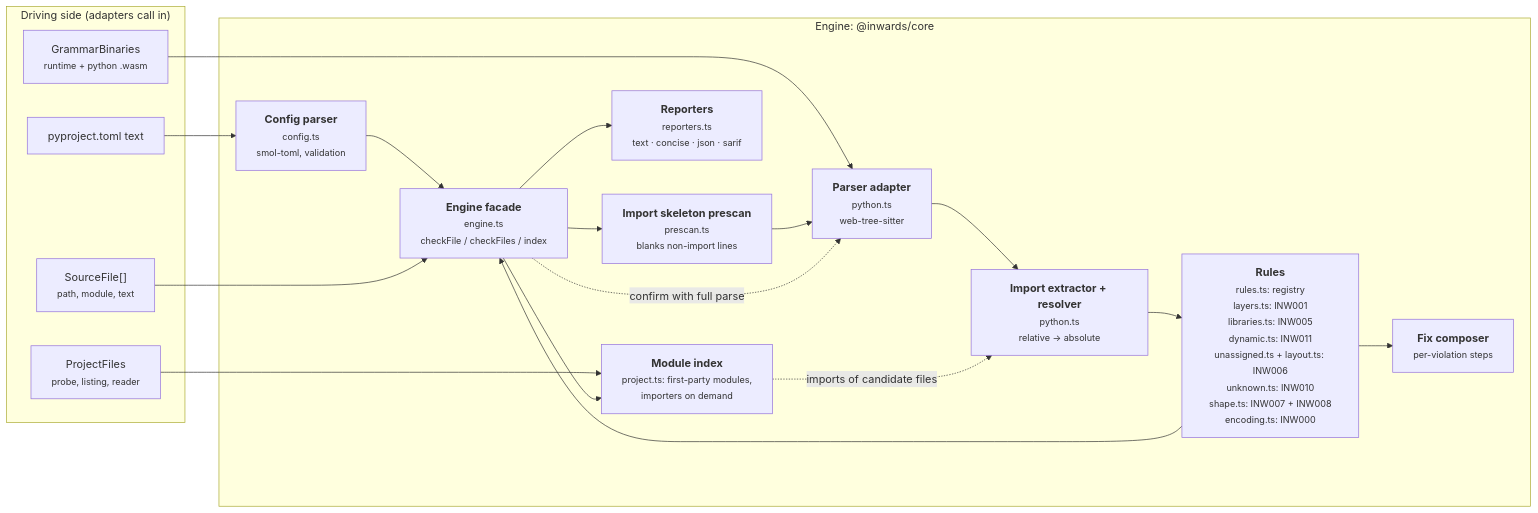
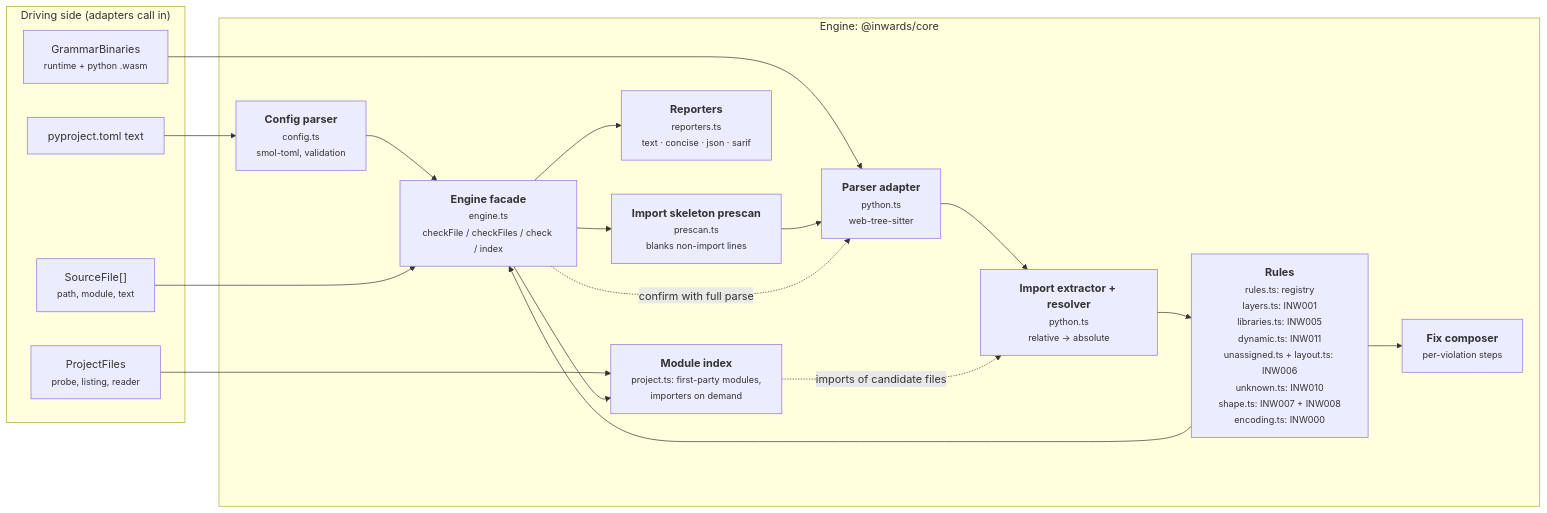
One commit to SirCypkowskyy/inwards changed the third of 6 diagrams in docs/chapters/03-Architecture-C4.md. Above: the diagram before and after it, drawn with Mermaid. The commit also changed other lines of this file and 19 other files, not shown here.

````diff
--- a/docs/chapters/03-Architecture-C4.md
+++ b/docs/chapters/03-Architecture-C4.md
@@ -99,33 +99,33 @@
 ```mermaid
 flowchart LR
     subgraph driving["Driving side (adapters call in)"]
         files["SourceFile[]<br/><small>path, module, text</small>"]
         pfiles["ProjectFiles<br/><small>probe, listing, reader</small>"]
         cfgtext["pyproject.toml text"]
         wasm["GrammarBinaries<br/><small>runtime + python .wasm</small>"]
     end
 
     subgraph enginebox["Engine: @inwards/core"]
         config["<b>Config parser</b><br/><small>config.ts<br/>smol-toml, validation</small>"]
         pre["<b>Import skeleton prescan</b><br/><small>prescan.ts<br/>blanks non-import lines</small>"]
         parser["<b>Parser adapter</b><br/><small>python.ts<br/>web-tree-sitter</small>"]
         extract["<b>Import extractor + resolver</b><br/><small>python.ts<br/>relative → absolute</small>"]
         rules["<b>Rules</b><br/><small>rules.ts: registry<br/>layers.ts: INW001<br/>libraries.ts: INW005<br/>dynamic.ts: INW011<br/>unassigned.ts + layout.ts: INW006<br/>unknown.ts: INW010<br/>shape.ts: INW007 + INW008<br/>encoding.ts: INW000</small>"]
         fix["<b>Fix composer</b><br/><small>per-violation steps</small>"]
         report["<b>Reporters</b><br/><small>reporters.ts<br/>text · concise · json · sarif</small>"]
-        engine["<b>Engine facade</b><br/><small>engine.ts<br/>checkFile / checkFiles / index</small>"]
+        engine["<b>Engine facade</b><br/><small>engine.ts<br/>checkFile / checkFiles / check / index</small>"]
         modgraph["<b>Module index</b><br/><small>project.ts: first-party modules,<br/>importers on demand</small>"]
     end
 
     cfgtext --> config --> engine
     wasm --> parser
     files --> engine
     engine --> pre --> parser --> extract --> rules
     rules --> fix
     rules --> engine
     engine -. "confirm with full parse" .-> parser
     pfiles --> modgraph
     engine --> modgraph
     modgraph -. "imports of candidate files" .-> extract
     engine --> report
 ```
````
